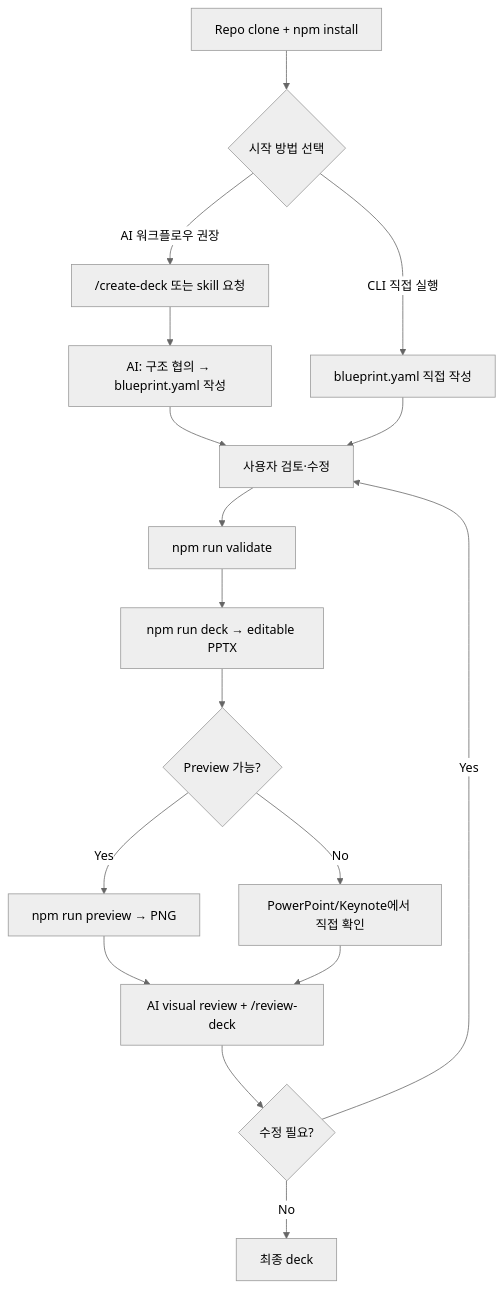
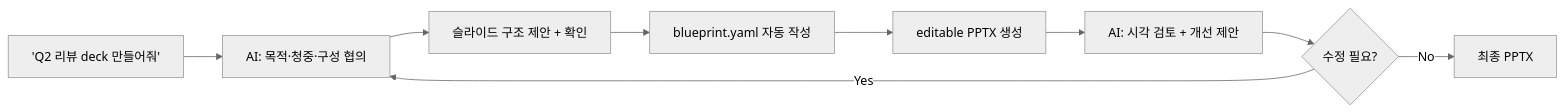
One commit to kyungseo/ai-deck-compiler changed the diagram in docs/USER-MANUAL.md. Above: the diagram before and after it, drawn with Mermaid (neutral theme). The commit also changed other lines of this file and 1 other file, not shown here.

````diff
--- a/docs/USER-MANUAL.md
+++ b/docs/USER-MANUAL.md
@@ -27,19 +32,11 @@
 ```mermaid
-flowchart TD
-  A["Repo clone + npm install"] --> B{"시작 방법 선택"}
-  B -->|AI 워크플로우 권장| C["/create-deck 또는 skill 요청"]
-  B -->|CLI 직접 실행| D["blueprint.yaml 직접 작성"]
-  C --> E["AI: 구조 협의 → blueprint.yaml 작성"]
-  E --> F["사용자 검토·수정"]
-  D --> F
-  F --> G["npm run validate"]
-  G --> H["npm run deck → editable PPTX"]
-  H --> I{"Preview 가능?"}
-  I -->|Yes| J["npm run preview → PNG"]
-  I -->|No| K["PowerPoint/Keynote에서 직접 확인"]
-  J --> L["AI visual review + /review-deck"]
-  K --> L
-  L --> M{"수정 필요?"}
-  M -->|Yes| F
-  M -->|No| N["최종 deck"]
+flowchart LR
+  A["'Q2 리뷰 deck 만들어줘'"] --> B["AI: 목적·청중·구성 협의"]
+  B --> C["슬라이드 구조 제안 + 확인"]
+  C --> D["blueprint.yaml 자동 작성"]
+  D --> E["editable PPTX 생성"]
+  E --> F["AI: 시각 검토 + 개선 제안"]
+  F --> G{"수정 필요?"}
+  G -->|Yes| B
+  G -->|No| H["최종 PPTX"]
 ```
````
